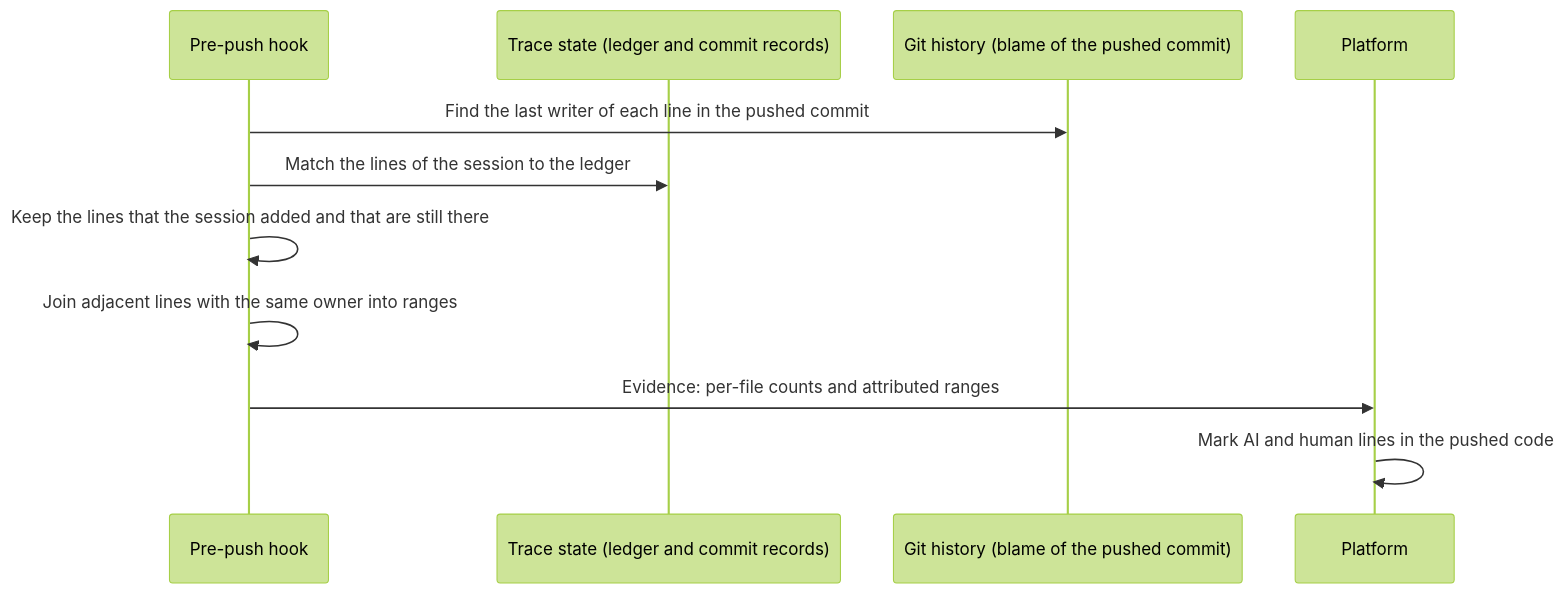
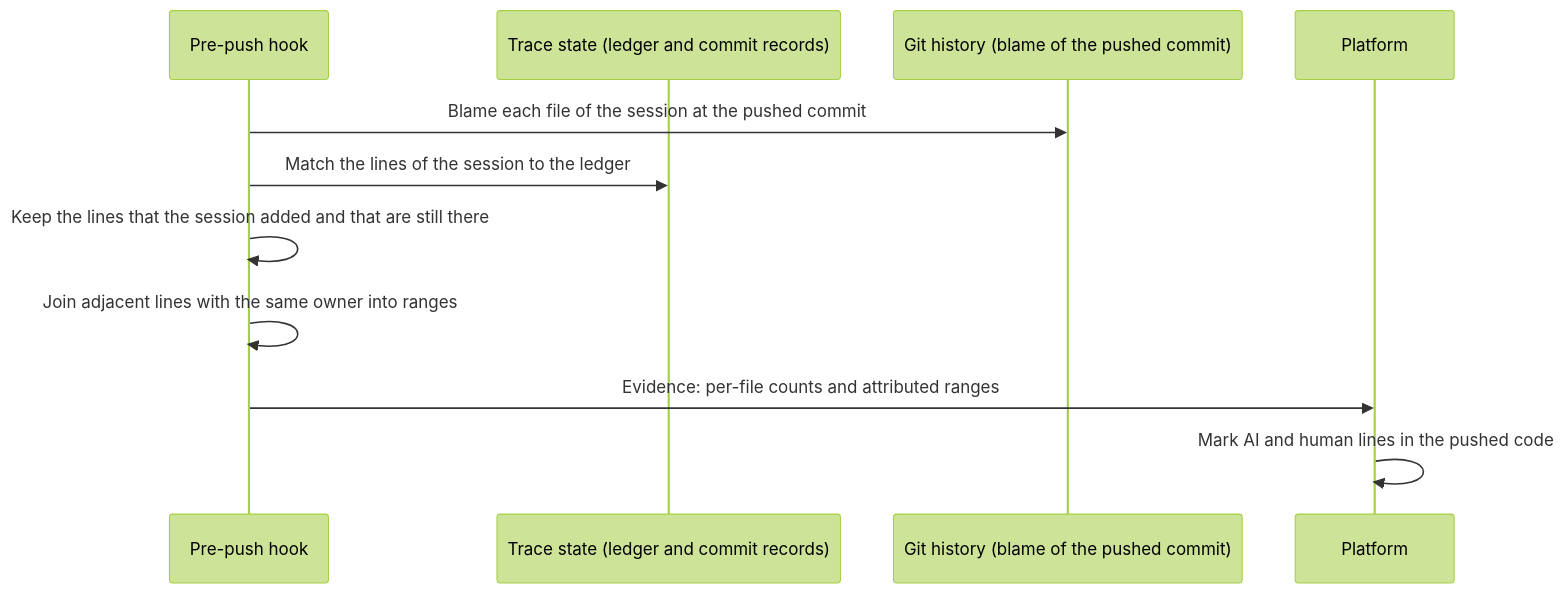
Before and after one commit to chainloop-dev/chainloop: the diagram in docs/specs/issue-3639-line-ranges.md, drawn with Mermaid (forest theme). The commit also changed other lines of this file, not shown here.

First line of the commit message:
spec: issue-3639 address review of line ranges spec

````diff
--- a/docs/specs/issue-3639-line-ranges.md
+++ b/docs/specs/issue-3639-line-ranges.md
@@ -80,13 +80,13 @@
 ```mermaid
 sequenceDiagram
     participant G as Pre-push hook
     participant L as Trace state (ledger and commit records)
     participant B as Git history (blame of the pushed commit)
     participant P as Platform
-    G->>B: Find the last writer of each line in the pushed commit
+    G->>B: Blame each file of the session at the pushed commit
     G->>L: Match the lines of the session to the ledger
     G->>G: Keep the lines that the session added and that are still there
     G->>G: Join adjacent lines with the same owner into ranges
     G->>P: Evidence: per-file counts and attributed ranges
     P->>P: Mark AI and human lines in the pushed code
 ```
````
